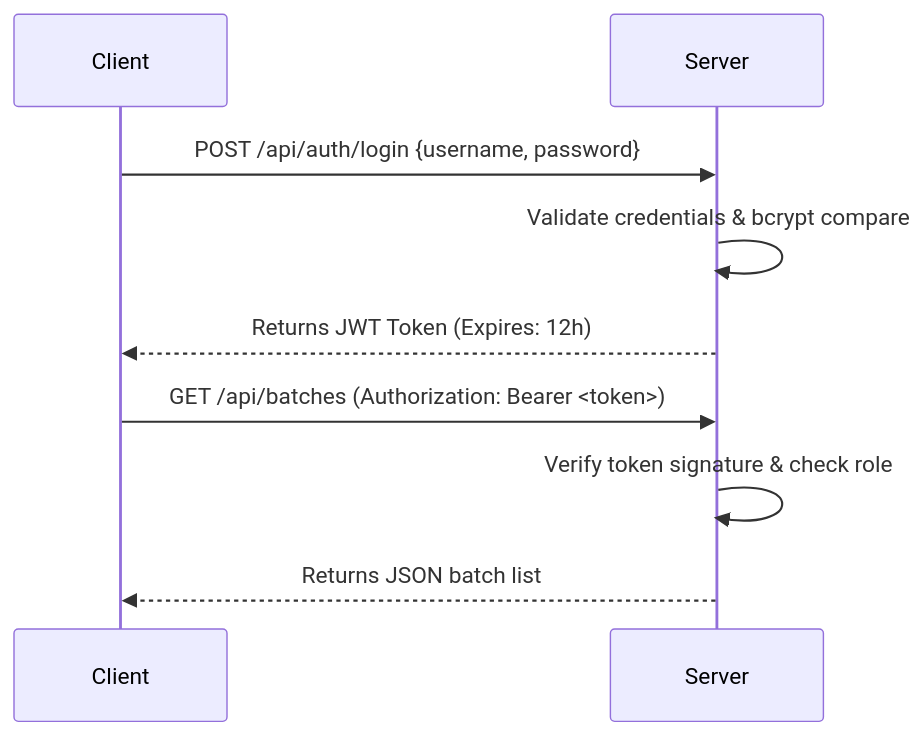
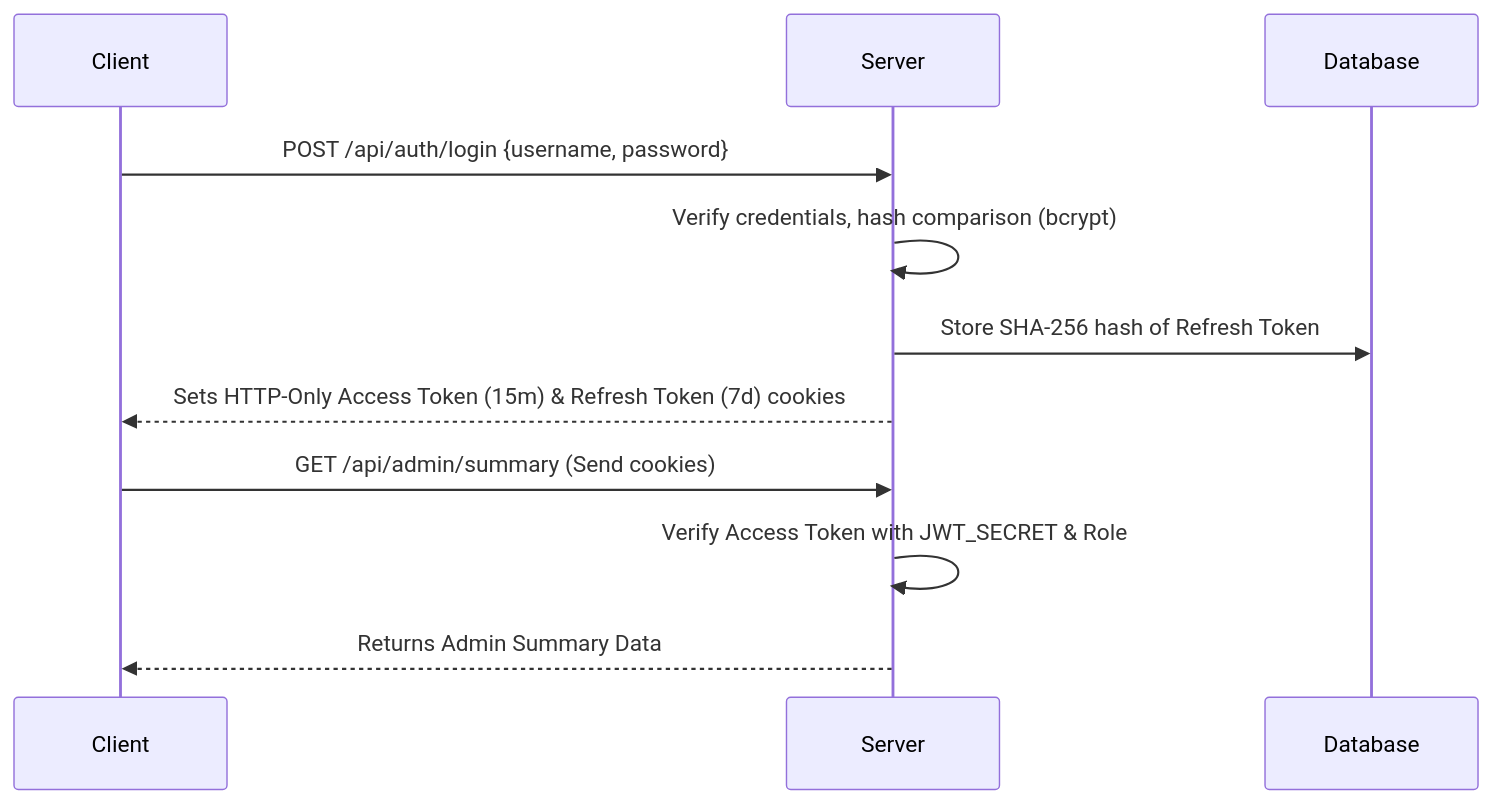
One commit to yukijim/mawar-teraju-commission-system changed the diagram in SECURITY_ARCHITECTURE.md. Above: the diagram before and after it, drawn with Mermaid. The commit also changed other lines of this file and 23 other files, not shown here.

````diff
--- a/SECURITY_ARCHITECTURE.md
+++ b/SECURITY_ARCHITECTURE.md
@@ -11,9 +11,10 @@
 ```mermaid
 sequenceDiagram
     Client->>Server: POST /api/auth/login {username, password}
-    Server->>Server: Validate credentials & bcrypt compare
-    Server-->>Client: Returns JWT Token (Expires: 12h)
-    Client->>Server: GET /api/batches (Authorization: Bearer <token>)
-    Server->>Server: Verify token signature & check role
-    Server-->>Client: Returns JSON batch list
+    Server->>Server: Verify credentials, hash comparison (bcrypt)
+    Server->>Database: Store SHA-256 hash of Refresh Token
+    Server-->>Client: Sets HTTP-Only Access Token (15m) & Refresh Token (7d) cookies
+    Client->>Server: GET /api/admin/summary (Send cookies)
+    Server->>Server: Verify Access Token with JWT_SECRET & Role
+    Server-->>Client: Returns Admin Summary Data
 ```
````
